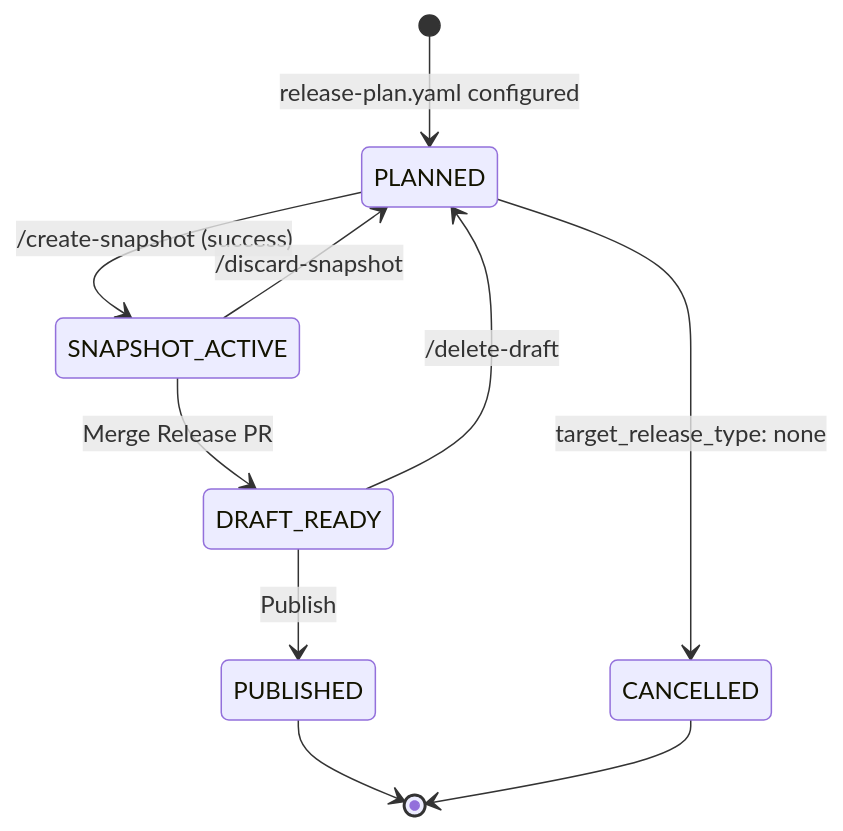
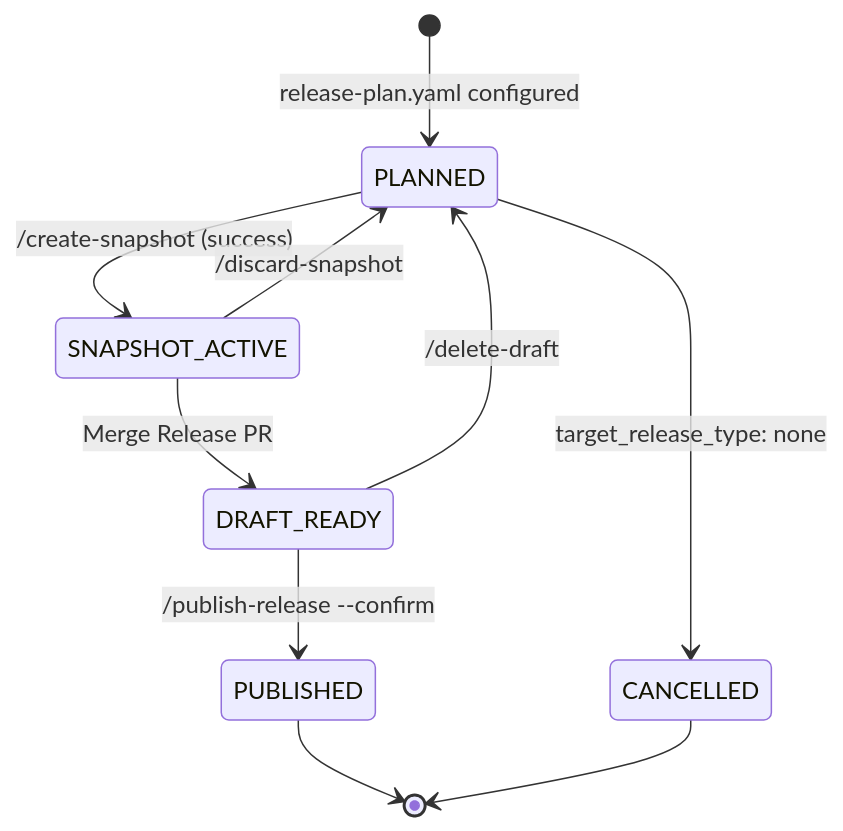
One commit to camaraproject/ReleaseManagement changed the diagram in documentation/SupportingDocuments/CAMARA-Release-Creation-Detailed-Design.md. Above: the diagram before and after it, drawn with Mermaid. The commit also changed other lines of this file and 1 other file, not shown here.

````diff
--- a/documentation/SupportingDocuments/CAMARA-Release-Creation-Detailed-Design.md
+++ b/documentation/SupportingDocuments/CAMARA-Release-Creation-Detailed-Design.md
@@ -356,12 +357,12 @@
 ```mermaid
 stateDiagram-v2
     [*] --> PLANNED : release-plan.yaml configured
     PLANNED --> SNAPSHOT_ACTIVE : /create-snapshot (success)
     PLANNED --> CANCELLED : target_release_type#colon; none
     SNAPSHOT_ACTIVE --> PLANNED : /discard-snapshot
     SNAPSHOT_ACTIVE --> DRAFT_READY : Merge Release PR
     DRAFT_READY --> PLANNED : /delete-draft
-    DRAFT_READY --> PUBLISHED : Publish
+    DRAFT_READY --> PUBLISHED : /publish-release --confirm
     PUBLISHED --> [*]
     CANCELLED --> [*]
 ```
````
